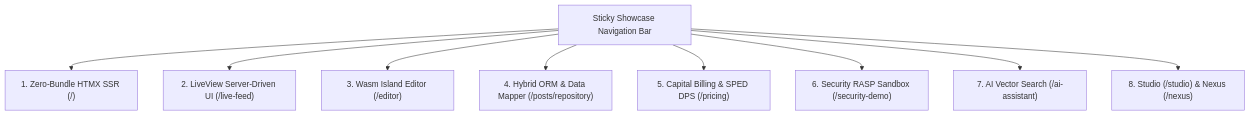
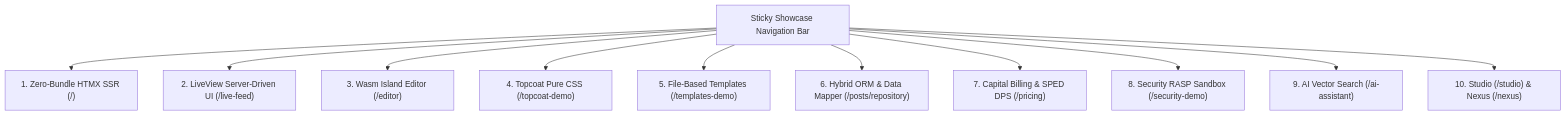
One commit to Rullst/Rullst changed the diagram in examples/blog/README.md. Above: the diagram before and after it, drawn with Mermaid. The commit also changed other lines of this file and 16 other files, not shown here.

Commit message:
feat: expand frontend support to five native paradigms including Topcoat CSS and Tera templates

````diff
--- a/examples/blog/README.md
+++ b/examples/blog/README.md
@@ -11,12 +11,14 @@
 ```mermaid
 graph TD
     Nav["Sticky Showcase Navigation Bar"]
     Nav --> F1["1. Zero-Bundle HTMX SSR (/)"]
     Nav --> F2["2. LiveView Server-Driven UI (/live-feed)"]
     Nav --> F3["3. Wasm Island Editor (/editor)"]
-    Nav --> O1["4. Hybrid ORM & Data Mapper (/posts/repository)"]
-    Nav --> C1["5. Capital Billing & SPED DPS (/pricing)"]
-    Nav --> S1["6. Security RASP Sandbox (/security-demo)"]
-    Nav --> A1["7. AI Vector Search (/ai-assistant)"]
-    Nav --> CR["8. Studio (/studio) & Nexus (/nexus)"]
+    Nav --> F4["4. Topcoat Pure CSS (/topcoat-demo)"]
+    Nav --> F5["5. File-Based Templates (/templates-demo)"]
+    Nav --> O1["6. Hybrid ORM & Data Mapper (/posts/repository)"]
+    Nav --> C1["7. Capital Billing & SPED DPS (/pricing)"]
+    Nav --> S1["8. Security RASP Sandbox (/security-demo)"]
+    Nav --> A1["9. AI Vector Search (/ai-assistant)"]
+    Nav --> CR["10. Studio (/studio) & Nexus (/nexus)"]
 ```
````
